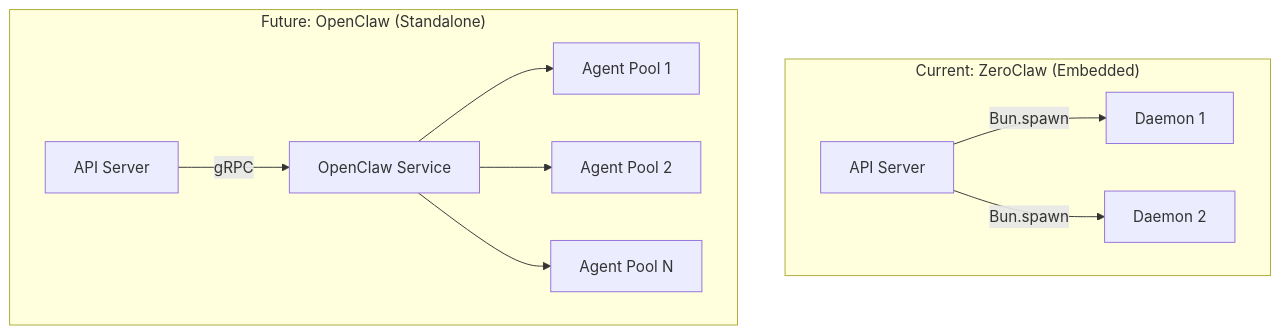
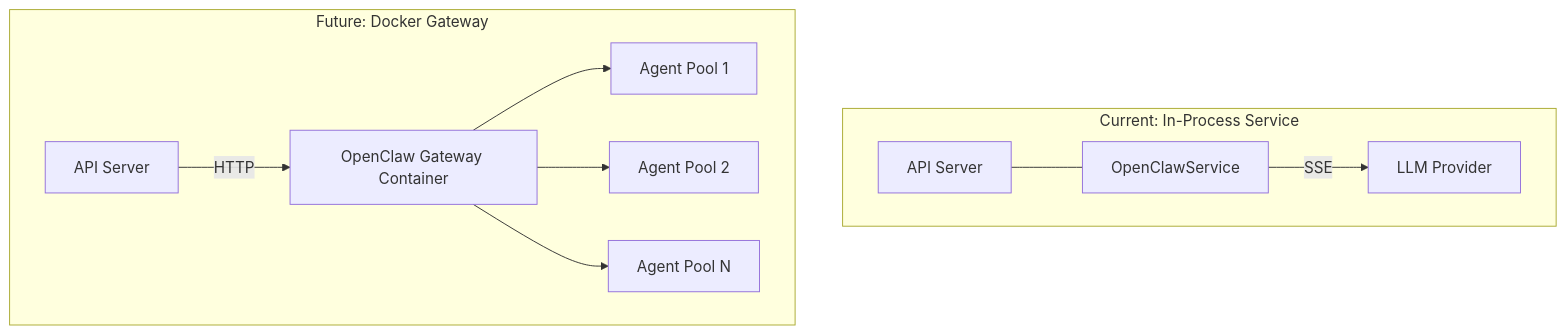
One commit to pde-rent/monokeros changed the fifth of 7 diagrams in docs/roadmap/future.md. Above: the diagram before and after it, drawn with Mermaid. The commit also changed other lines of this file and 31 other files, not shown here.

First line of the commit message:
feat: rewrite docs for OpenClaw, add acceptance criteria and artifact models

````diff
--- a/docs/roadmap/future.md
+++ b/docs/roadmap/future.md
@@ -144,14 +144,14 @@
 ```mermaid
 flowchart TD
-    subgraph Current["Current: ZeroClaw (Embedded)"]
-        API1[API Server] -->|"Bun.spawn"| D1[Daemon 1]
-        API1 -->|"Bun.spawn"| D2[Daemon 2]
+    subgraph Current["Current: In-Process Service"]
+        API1[API Server] --- OCS[OpenClawService]
+        OCS -->|"SSE"| LLM1[LLM Provider]
     end
 
-    subgraph Future["Future: OpenClaw (Standalone)"]
-        API2[API Server] -->|gRPC| OC[OpenClaw Service]
-        OC --> P1[Agent Pool 1]
-        OC --> P2[Agent Pool 2]
-        OC --> P3[Agent Pool N]
+    subgraph Future["Future: Docker Gateway"]
+        API2[API Server] -->|HTTP| GW[OpenClaw Gateway Container]
+        GW --> P1[Agent Pool 1]
+        GW --> P2[Agent Pool 2]
+        GW --> P3[Agent Pool N]
     end
 ```
````
